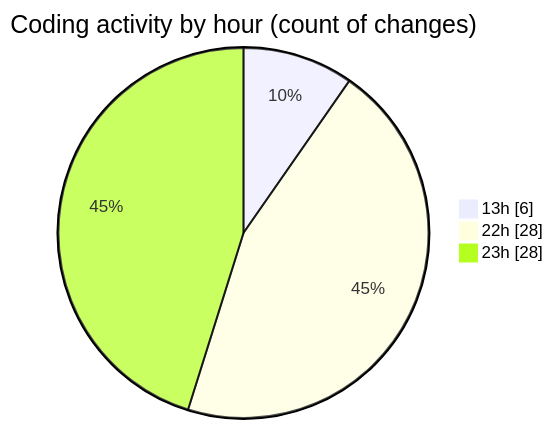
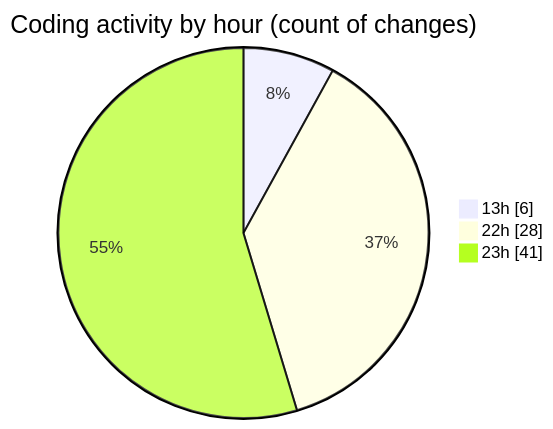
The second of 2 diagrams in 2025-09-02/quytuthien_vn/README.md (lephambinh05/code-tracking), drawn with Mermaid before and after one commit. The commit also changed other lines of this file and 1 other file, not shown here.

````diff
--- a/2025-09-02/quytuthien_vn/README.md
+++ b/2025-09-02/quytuthien_vn/README.md
@@ -44,7 +55,7 @@
 ```mermaid
 pie showData
 title Coding activity by hour (count of changes)
 "13h" : 6
 "22h" : 28
-"23h" : 28
+"23h" : 41
 ```
````
